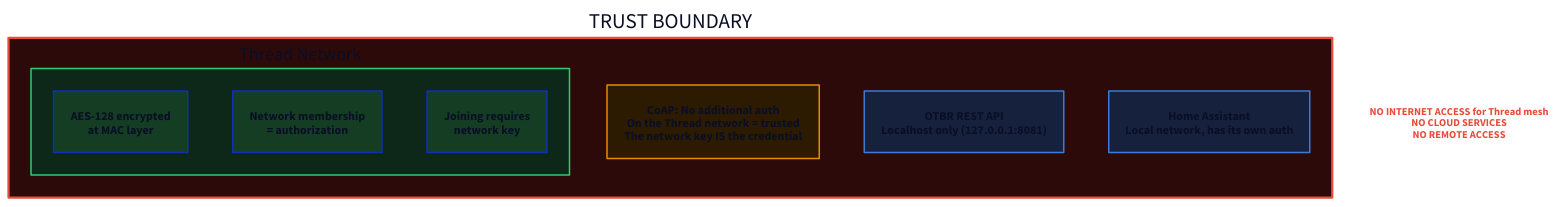
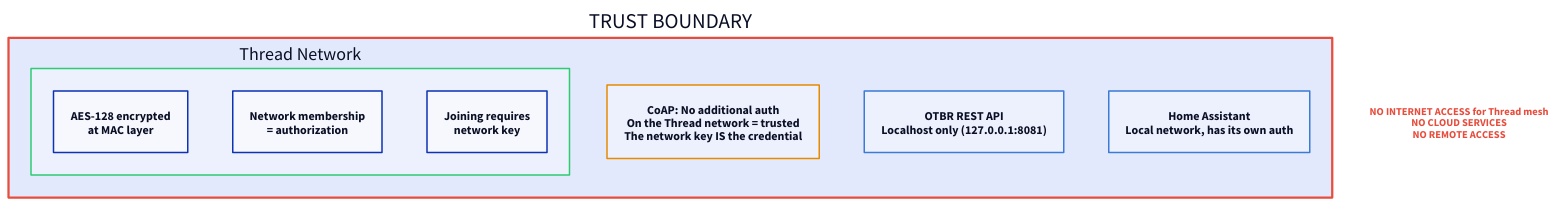
The diagram in docs/diagrams/security-model.d2 (EtaCassiopeia/smart-vent), drawn with D2 before and after one commit. The commit also changed 17 other files, not shown here.

First line of the commit message:
Fix text readability in D2 diagrams

```diff
--- a/docs/diagrams/security-model.d2
+++ b/docs/diagrams/security-model.d2
@@ -1,45 +1,31 @@
 trust: TRUST BOUNDARY {
-  style.fill: "#2d0a0a"
   style.stroke: "#e74c3c"
   style.stroke-width: 3
 
   thread: Thread Network {
-    style.fill: "#0d2818"
     style.stroke: "#2ecc71"
 
-    encryption: AES-128 encrypted\nat MAC layer {
-      style.fill: "#143d24"
-    }
-    membership: Network membership\n= authorization {
-      style.fill: "#143d24"
-    }
-    joining: Joining requires\nnetwork key {
-      style.fill: "#143d24"
-    }
+    encryption: AES-128 encrypted\nat MAC layer
+    membership: Network membership\n= authorization
+    joining: Joining requires\nnetwork key
   }
 
-  coap: CoAP {
-    label: "CoAP: No additional auth\nOn the Thread network = trusted\nThe network key IS the credential"
-    style.fill: "#2d1b00"
+  coap: "CoAP: No additional auth\nOn the Thread network = trusted\nThe network key IS the credential" {
     style.stroke: "#e68a00"
   }
 
-  otbr_api: OTBR REST API {
-    label: "OTBR REST API\nLocalhost only (127.0.0.1:8081)"
-    style.fill: "#16213e"
+  otbr_api: "OTBR REST API\nLocalhost only (127.0.0.1:8081)" {
     style.stroke: "#3a7bd5"
   }
 
-  ha: Home Assistant {
-    label: "Home Assistant\nLocal network, has its own auth"
-    style.fill: "#16213e"
+  ha: "Home Assistant\nLocal network, has its own auth" {
     style.stroke: "#3a7bd5"
   }
 }
 
 no_internet: "NO INTERNET ACCESS for Thread mesh\nNO CLOUD SERVICES\nNO REMOTE ACCESS" {
   shape: text
   style.font-size: 14
   style.font-color: "#e74c3c"
   style.bold: true
 }
```
